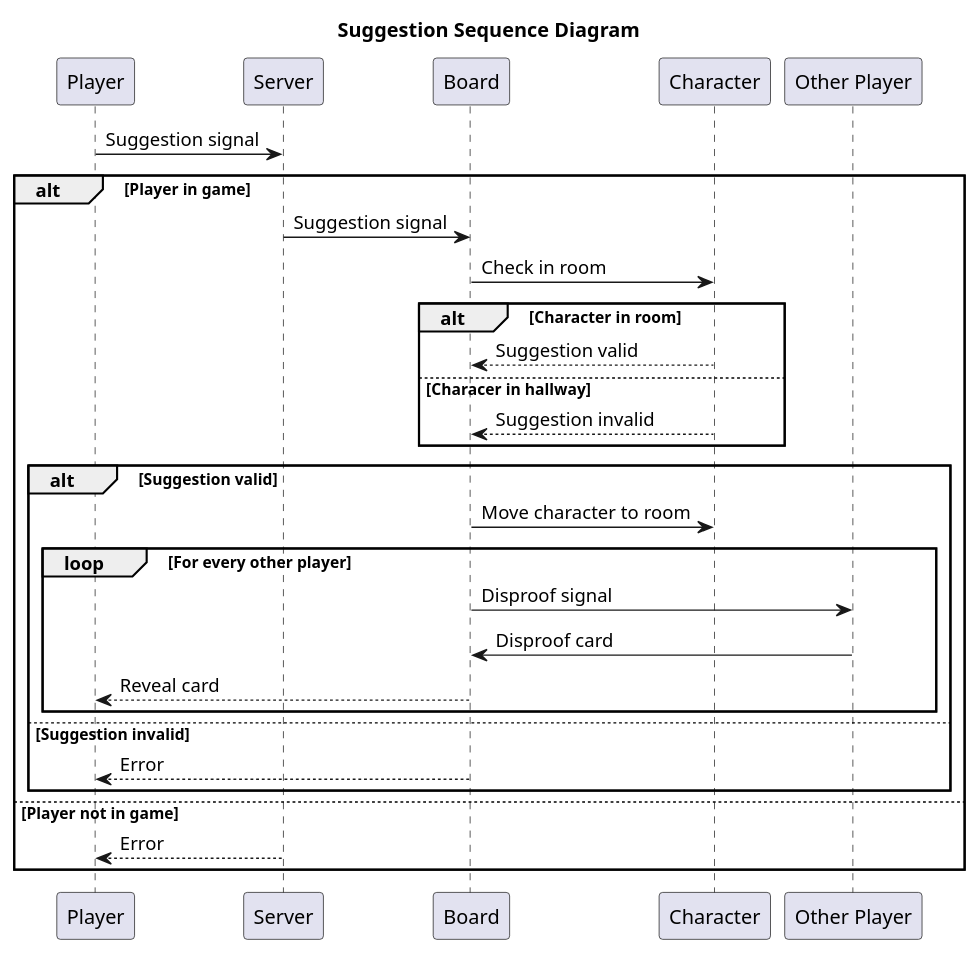
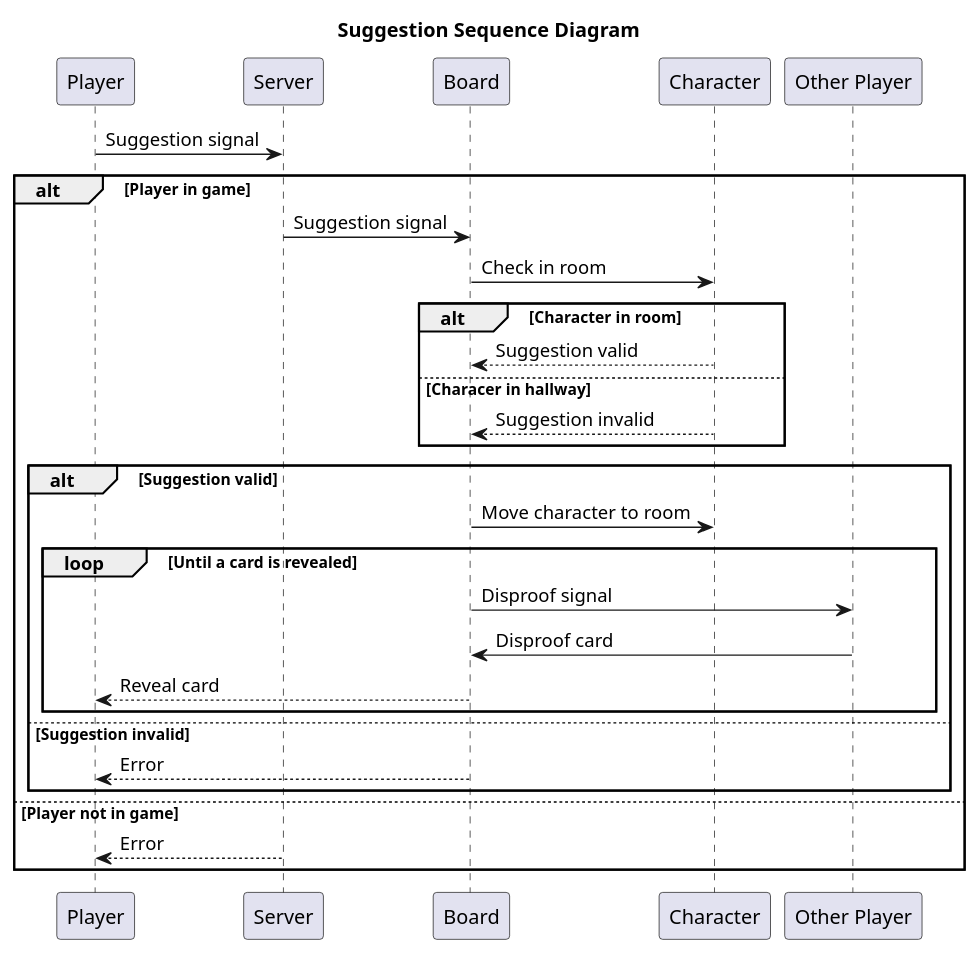
Before and after one commit to jedge3/Clueless: the diagram in diagrams/suggestion.plantuml, drawn with PlantUML.

Commit message:
Update suggestion diagram

```diff
--- a/diagrams/suggestion.plantuml
+++ b/diagrams/suggestion.plantuml
@@ -1,30 +1,30 @@
 @startuml Sequence Diagram
 title Suggestion Sequence Diagram
 participant Player
 participant Server
 participant Board
 participant Character
 participant "Other Player"
 Player -> Server: Suggestion signal
 alt Player in game
     Server -> Board: Suggestion signal
     Board -> Character: Check in room
     alt Character in room
         Character --> Board: Suggestion valid
     else Characer in hallway
         Character --> Board: Suggestion invalid
     end
     alt Suggestion valid
         Board -> Character: Move character to room
-        loop For every other player
+        loop Until a card is revealed
             Board -> "Other Player": Disproof signal
             "Other Player" -> Board: Disproof card
             Board --> Player: Reveal card
         end
     else Suggestion invalid
         Board --> Player: Error
     end
 else Player not in game
     Server --> Player: Error
 end
 @enduml
```
